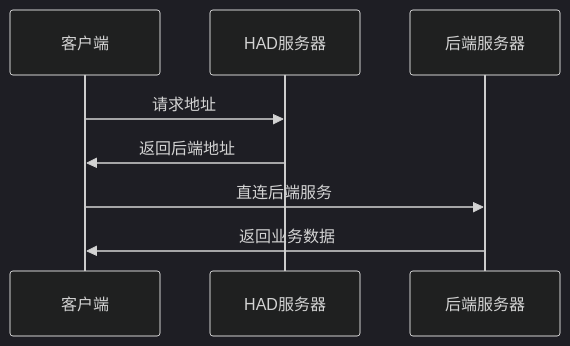
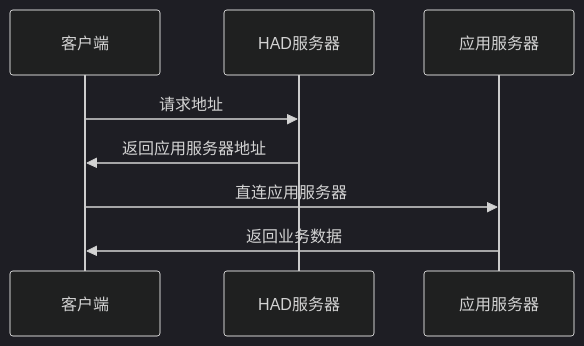
One commit to shellus/had changed the diagram in README.md. Above: the diagram before and after it, drawn with Mermaid (dark theme). The commit also changed other lines of this file and 4 other files, not shown here.

````diff
--- a/README.md
+++ b/README.md
@@ -16,11 +7,11 @@
 ```mermaid
 sequenceDiagram
     participant Client as 客户端
     participant HAD as HAD服务器
-    participant Backend as 后端服务器
+    participant Backend as 应用服务器
 
     Client->>HAD: 请求地址
-    HAD->>Client: 返回后端地址
-    Client->>Backend: 直连后端服务
+    HAD->>Client: 返回应用服务器地址
+    Client->>Backend: 直连应用服务器
     Backend->>Client: 返回业务数据
 ```
````
